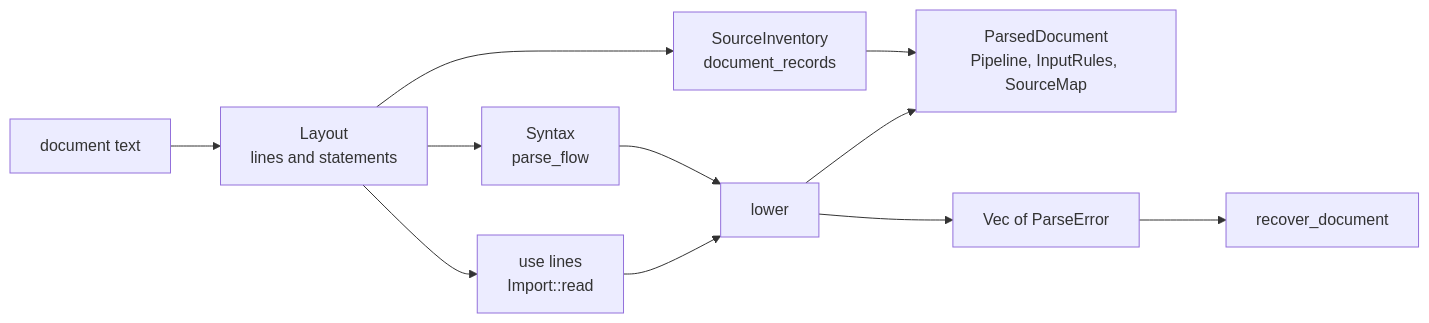
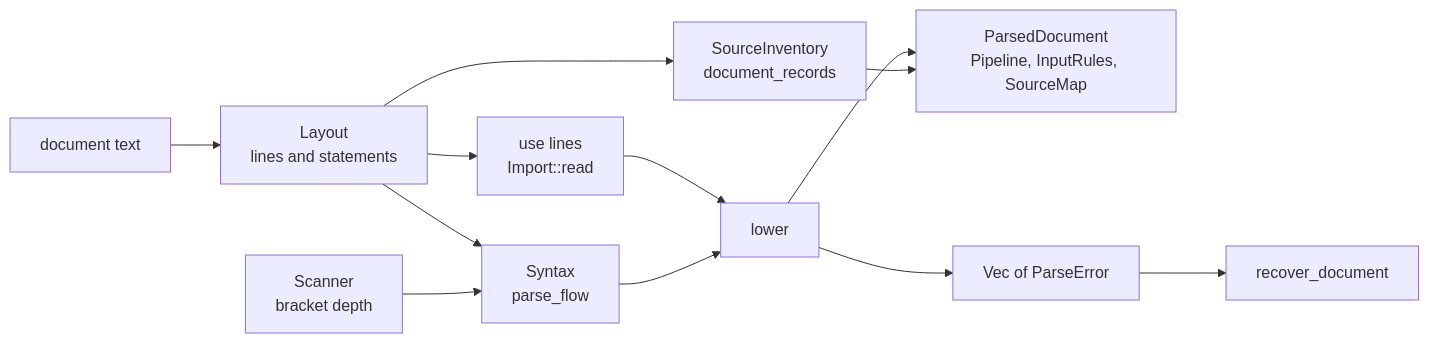
The first of 2 diagrams in docs/architecture/parsing.md (eclnz/spit), drawn with Mermaid before and after one commit. The commit also changed other lines of this file and 6 other files, not shown here.

First line of the commit message:
Read bracket nesting in one scanner instead of four matchers

````diff
--- a/docs/architecture/parsing.md
+++ b/docs/architecture/parsing.md
@@ -5,13 +5,14 @@
 ```mermaid
 flowchart LR
     text["document text"] --> layout["Layout<br/>lines and statements"]
     layout --> uses["use lines<br/>Import::read"]
     layout --> syntax["Syntax<br/>parse_flow"]
+    scan["Scanner<br/>bracket depth"] --> syntax
     layout --> records["SourceInventory<br/>document_records"]
     uses --> lower["lower"]
     syntax --> lower
     lower --> document["ParsedDocument<br/>Pipeline, InputRules, SourceMap"]
     records --> document
     lower --> errors["Vec of ParseError"]
     errors --> recovery["recover_document"]
 ```
````
